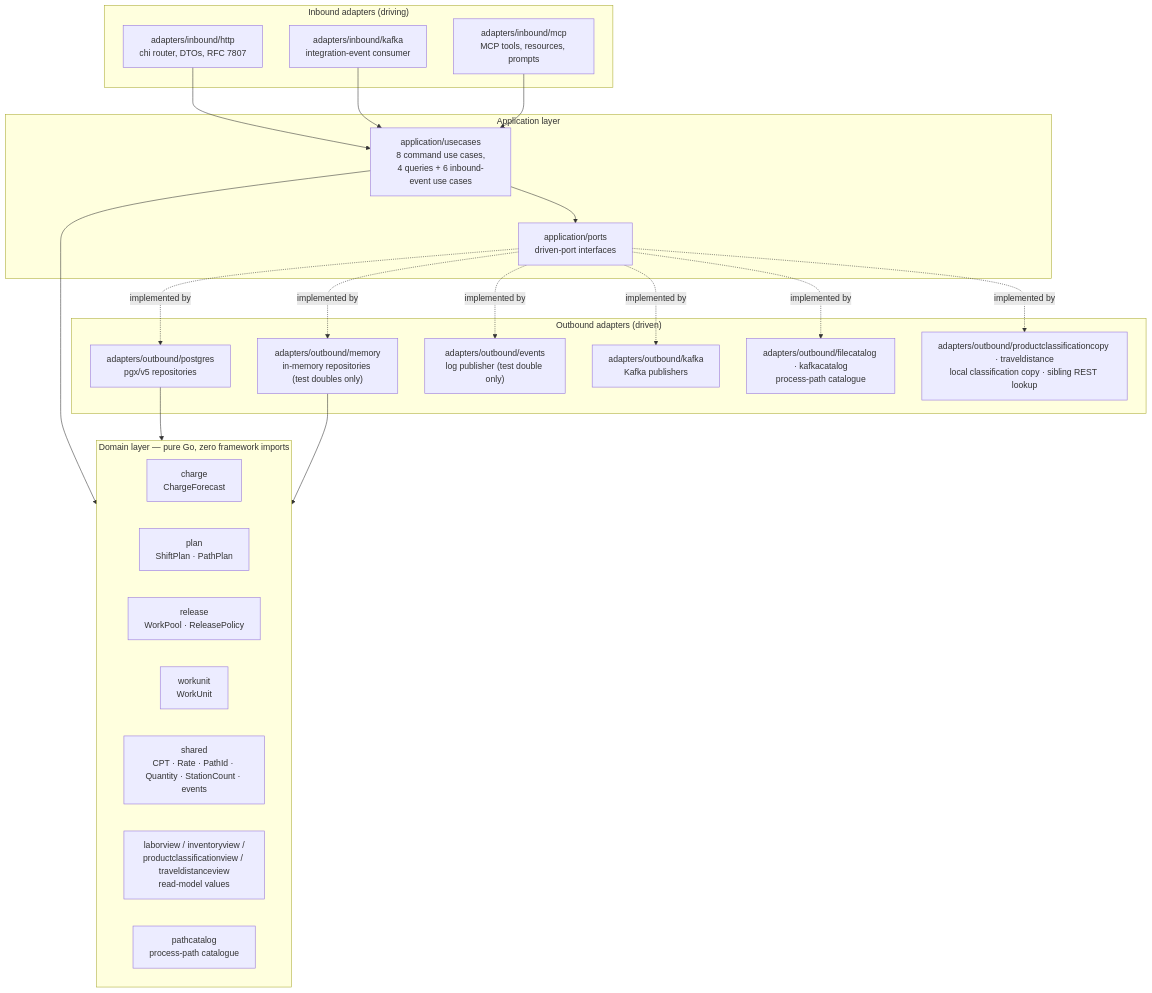
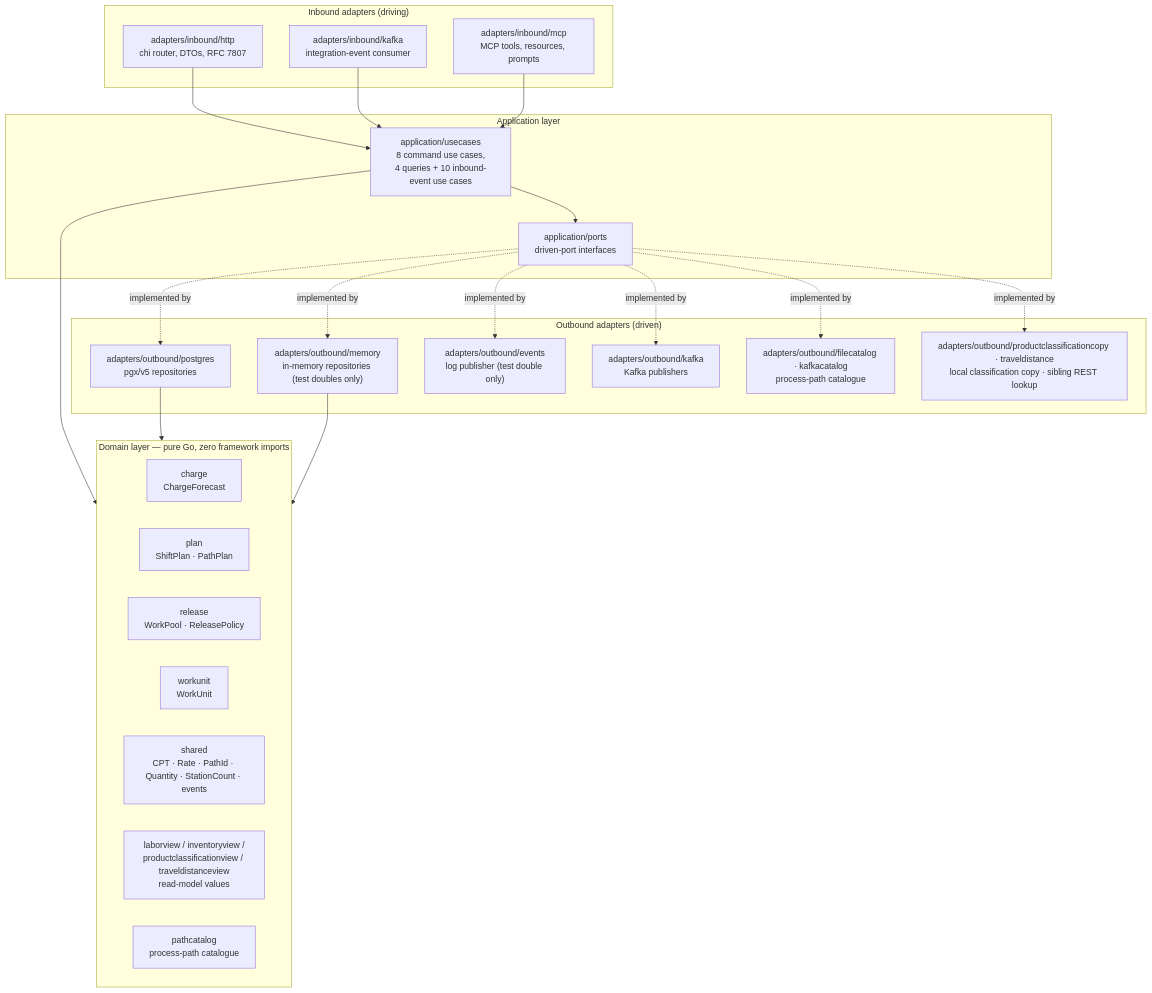
The first of 2 diagrams in docs/docs/overview/hexagonal-layering.md (IQVO/wes-work-planning), drawn with Mermaid before and after one commit. The commit also changed 3 other files, not shown here.

First line of the commit message:
docs: refresh BDD counts, list all inbound use cases, document invalid-rate/invalid-hours

````diff
--- a/docs/docs/overview/hexagonal-layering.md
+++ b/docs/docs/overview/hexagonal-layering.md
@@ -18,46 +18,46 @@
 ```mermaid
 flowchart TB
     subgraph inbound["Inbound adapters (driving)"]
         HTTP["adapters/inbound/http<br/>chi router, DTOs, RFC 7807"]
         KIN["adapters/inbound/kafka<br/>integration-event consumer"]
         MCPIN["adapters/inbound/mcp<br/>MCP tools, resources, prompts"]
     end
 
     subgraph app["Application layer"]
-        UC["application/usecases<br/>8 command use cases,<br/>4 queries + 6 inbound-event use cases"]
+        UC["application/usecases<br/>8 command use cases,<br/>4 queries + 10 inbound-event use cases"]
         PORTS["application/ports<br/>driven-port interfaces"]
     end
 
     subgraph domain["Domain layer — pure Go, zero framework imports"]
         CH["charge<br/>ChargeForecast"]
         PL["plan<br/>ShiftPlan · PathPlan"]
         RE["release<br/>WorkPool · ReleasePolicy"]
         WU["workunit<br/>WorkUnit"]
         SH["shared<br/>CPT · Rate · PathId · Quantity · StationCount · events"]
         LV["laborview / inventoryview /<br/>productclassificationview / traveldistanceview<br/>read-model values"]
         PC["pathcatalog<br/>process-path catalogue"]
     end
 
     subgraph outbound["Outbound adapters (driven)"]
         PG["adapters/outbound/postgres<br/>pgx/v5 repositories"]
         MEM["adapters/outbound/memory<br/>in-memory repositories (test doubles only)"]
         EV["adapters/outbound/events<br/>log publisher (test double only)"]
         KOUT["adapters/outbound/kafka<br/>Kafka publishers"]
         CAT["adapters/outbound/filecatalog · kafkacatalog<br/>process-path catalogue"]
         LOOK["adapters/outbound/productclassificationcopy · traveldistance<br/>local classification copy · sibling REST lookup"]
     end
 
     HTTP --> UC
     KIN --> UC
     MCPIN --> UC
     UC --> PORTS
     UC --> domain
     PORTS -.implemented by.-> PG
     PORTS -.implemented by.-> MEM
     PORTS -.implemented by.-> EV
     PORTS -.implemented by.-> KOUT
     PORTS -.implemented by.-> CAT
     PORTS -.implemented by.-> LOOK
     PG --> domain
     MEM --> domain
 ```
````
